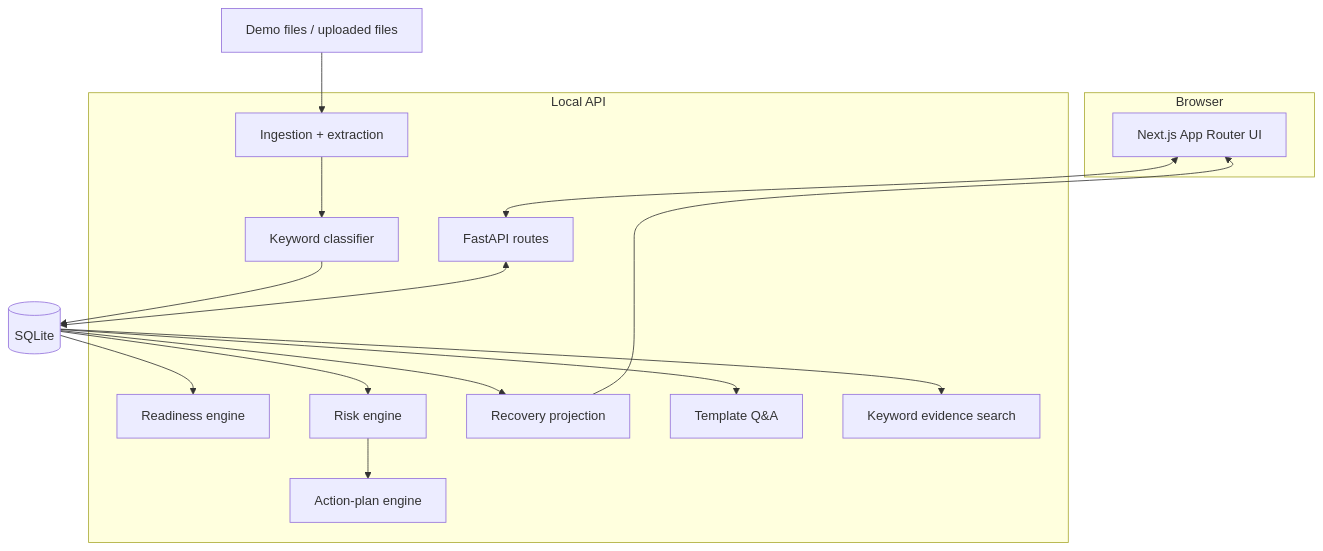
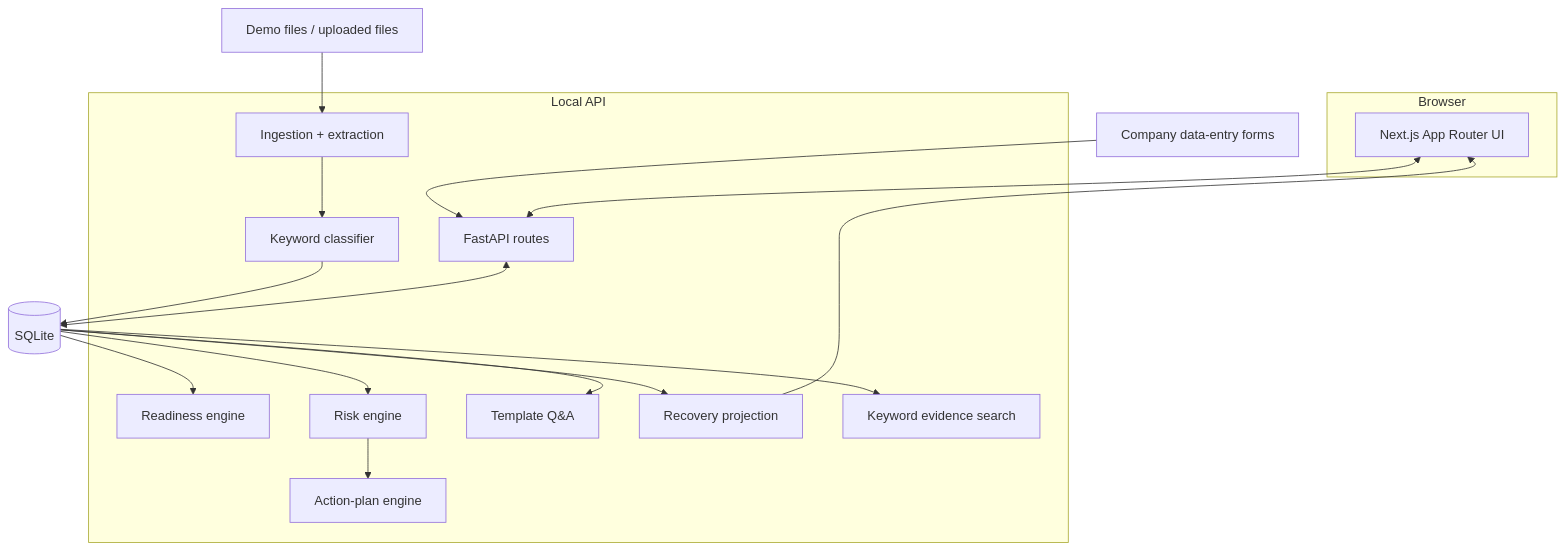
The diagram in docs/ARCHITECTURE.md (MANEESHREDDYD/Flowlie-Raise-Readiness-Copilot), drawn with Mermaid before and after one commit. The commit also changed other lines of this file and 87 other files, not shown here.

Commit message:
Add V1.2 multi-company demo and user data entry

````diff
--- a/docs/ARCHITECTURE.md
+++ b/docs/ARCHITECTURE.md
@@ -7,30 +15,32 @@
 ```mermaid
 flowchart TB
   subgraph Browser
     UI[Next.js App Router UI]
   end
   subgraph Local API
     API[FastAPI routes]
     ING[Ingestion + extraction]
     CLASS[Keyword classifier]
     READY[Readiness engine]
     RISK[Risk engine]
     RECOVERY[Recovery projection]
     QA[Template Q&A]
     SEARCH[Keyword evidence search]
     PLAN[Action-plan engine]
   end
   DB[(SQLite)]
   FILES[Demo files / uploaded files]
+  FORMS[Company data-entry forms]
 
   UI <--> API
+  FORMS --> API
   FILES --> ING --> CLASS --> DB
   API <--> DB
   DB --> READY
   DB --> RISK
   DB --> RECOVERY
   DB --> QA
   DB --> SEARCH
   RISK --> PLAN
   RECOVERY --> UI
 ```
````
